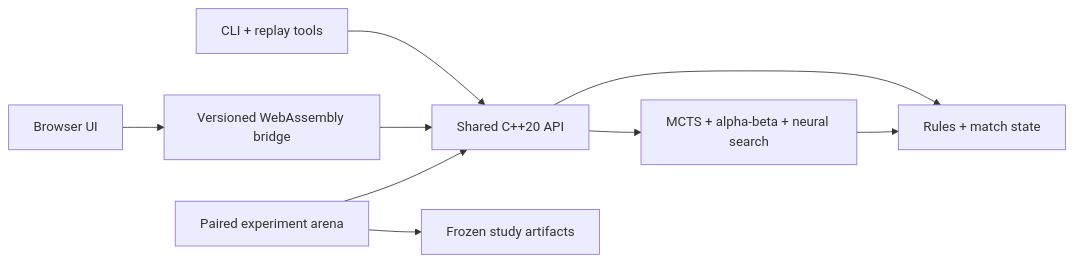
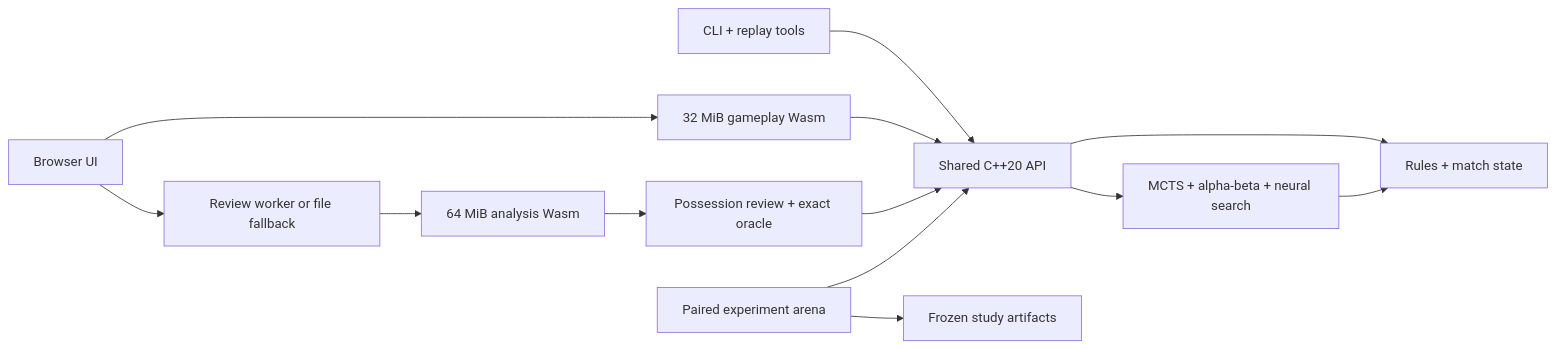
One commit to Lecorbio/paper-soccer-strategy-engine changed the diagram in README.md. Above: the diagram before and after it, drawn with Mermaid. The commit also changed other lines of this file and 68 other files, not shown here.

Commit message:
Add possession-aware game review foundation

````diff
--- a/README.md
+++ b/README.md
@@ -28,11 +71,15 @@
 ```mermaid
 flowchart LR
-    Browser["Browser UI"] --> Wasm["Versioned WebAssembly bridge"]
+    Browser["Browser UI"] --> Wasm["32 MiB gameplay Wasm"]
+    Browser --> ReviewWorker["Review worker or file fallback"]
+    ReviewWorker --> AnalysisWasm["64 MiB analysis Wasm"]
     CLI["CLI + replay tools"] --> API["Shared C++20 API"]
     Wasm --> API
+    AnalysisWasm --> Review["Possession review + exact oracle"]
+    Review --> API
     Arena["Paired experiment arena"] --> API
     API --> Core["Rules + match state"]
     API --> Search["MCTS + alpha-beta + neural search"]
     Search --> Core
     Arena --> Evidence["Frozen study artifacts"]
 ```
````
